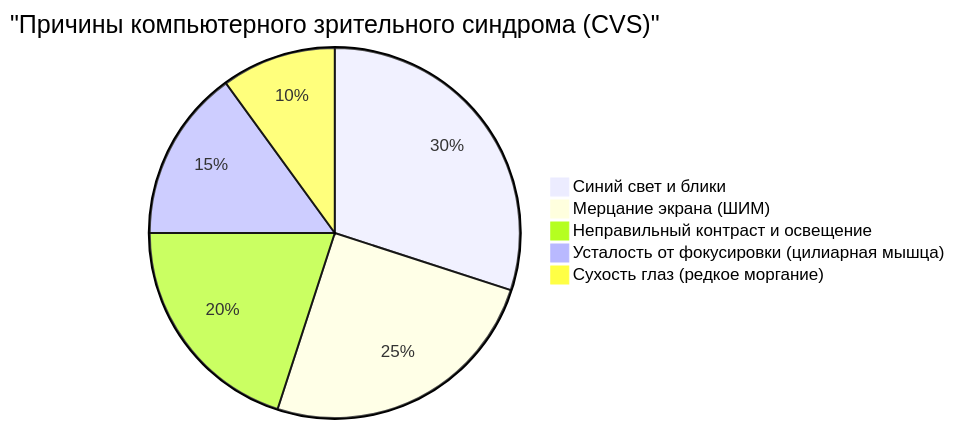
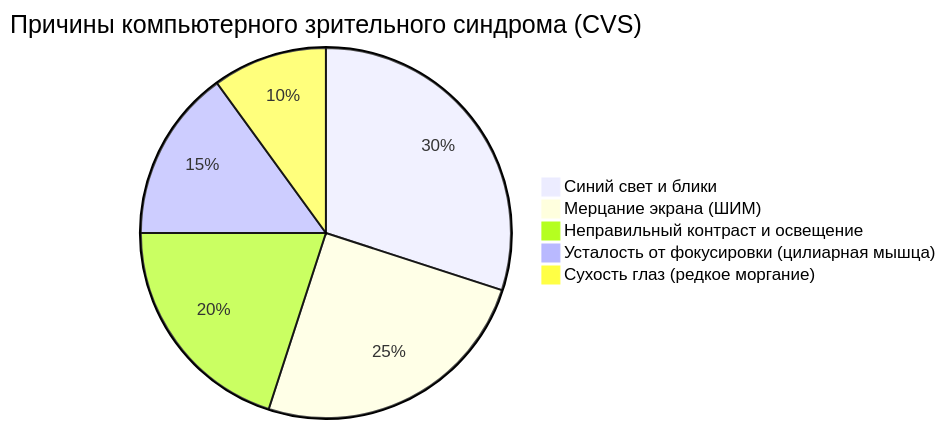
The first of 4 diagrams in content/post/eye_strain_relief/index.ru.md (kenjinote/blog), drawn with Mermaid before and after one commit. The commit also changed other lines of this file and 703 other files, not shown here.

Commit message:
Fix: Remove quotes from Mermaid link texts and timeline definitions to support Mermaid 11.4.1

````diff
--- a/content/post/eye_strain_relief/index.ru.md
+++ b/content/post/eye_strain_relief/index.ru.md
@@ -24,8 +24,8 @@
 ```mermaid
-pie title "Причины компьютерного зрительного синдрома (CVS)"
+pie title Причины компьютерного зрительного синдрома (CVS)
     "Синий свет и блики" : 30
     "Мерцание экрана (ШИМ)" : 25
     "Неправильный контраст и освещение" : 20
     "Усталость от фокусировки (цилиарная мышца)" : 15
     "Сухость глаз (редкое моргание)" : 10
 ```
````
